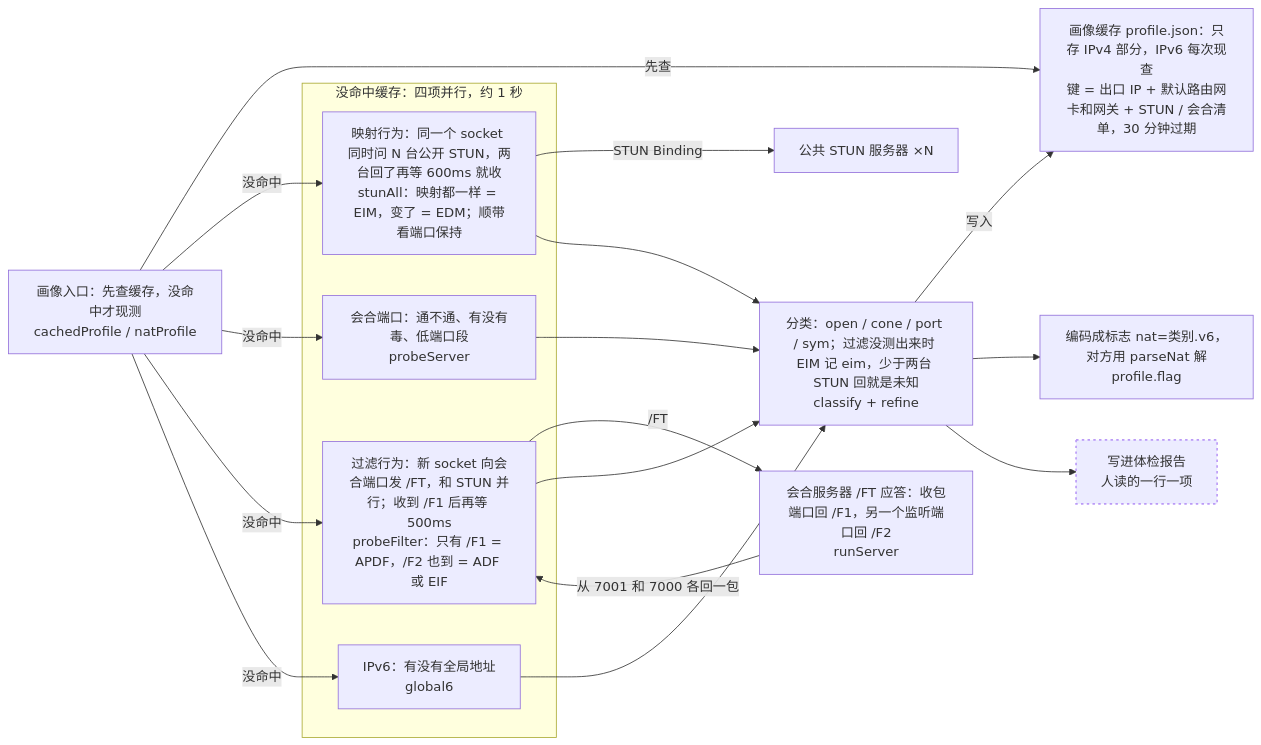
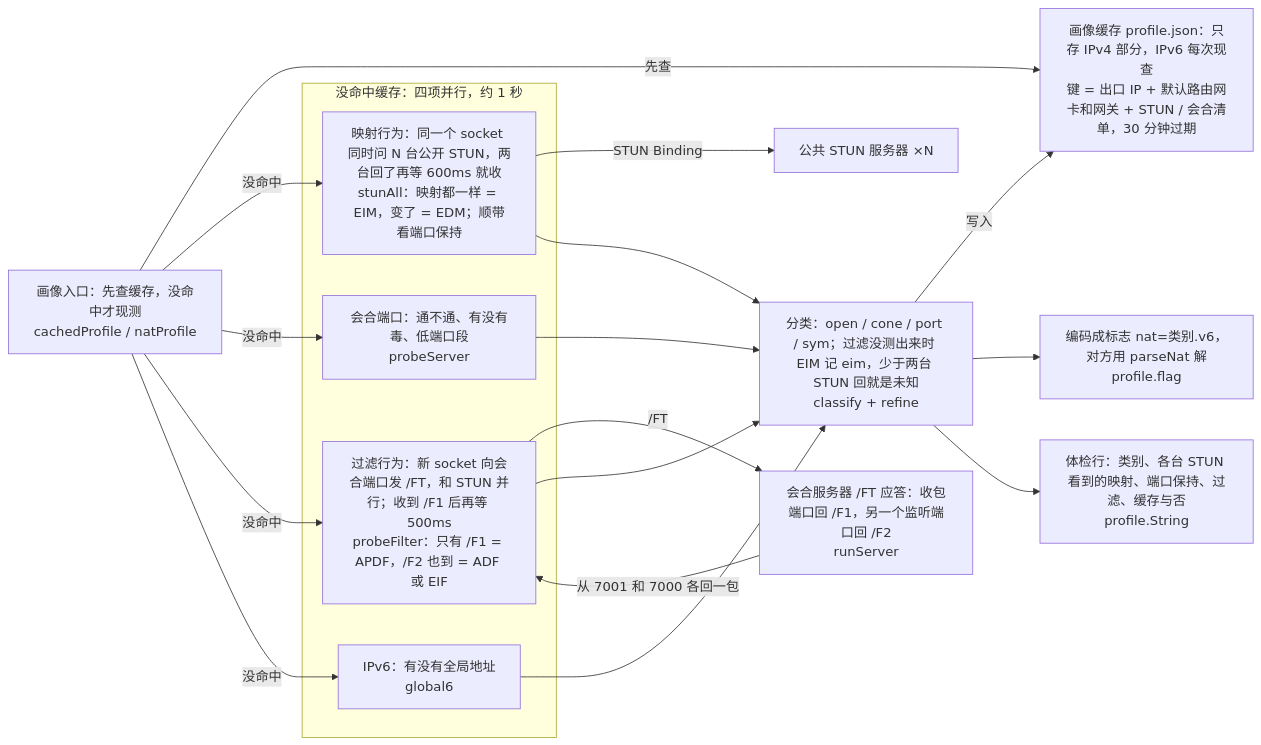
One commit to numb747/uu-remote-study changed the diagram in docs/arch/33-nat-profile.mmd. Above: the diagram before and after it, drawn with Mermaid. The commit also changed 3 other files, not shown here.

First line of the commit message:
架构设计：第 5 步落图（结果行、预测记录），DESIGN 记下决策 22~23

```diff
--- a/docs/arch/33-nat-profile.mmd
+++ b/docs/arch/33-nat-profile.mmd
@@ -1,40 +1,41 @@
 flowchart LR
   start["画像入口：先查缓存，没命中才现测<br/>cachedProfile / natProfile"]
   cache["画像缓存 profile.json：只存 IPv4 部分，IPv6 每次现查<br/>键 = 出口 IP + 默认路由网卡和网关 + STUN / 会合清单，30 分钟过期"]
   subgraph probes["没命中缓存：四项并行，约 1 秒"]
     p_stun["映射行为：同一个 socket 同时问 N 台公开 STUN，两台回了再等 600ms 就收<br/>stunAll：映射都一样 = EIM，变了 = EDM；顺带看端口保持"]
     p_srv["会合端口：通不通、有没有毒、低端口段<br/>probeServer"]
     p_ft["过滤行为：新 socket 向会合端口发 /FT，和 STUN 并行；收到 /F1 后再等 500ms<br/>probeFilter：只有 /F1 = APDF，/F2 也到 = ADF 或 EIF"]
     p_v6["IPv6：有没有全局地址<br/>global6"]
   end
   stun_pub["公共 STUN 服务器 ×N"]
   srv_ft["会合服务器 /FT 应答：收包端口回 /F1，另一个监听端口回 /F2<br/>runServer"]
   classify["分类：open / cone / port / sym；过滤没测出来时 EIM 记 eim，少于两台 STUN 回就是未知<br/>classify + refine"]
   out_flag["编码成标志 nat=类别.v6，对方用 parseNat 解<br/>profile.flag"]
-  out_report["写进体检报告<br/>人读的一行一项"]:::planned
+  out_report["体检行：类别、各台 STUN 看到的映射、端口保持、过滤、缓存与否<br/>profile.String"]
 
   start -->|"先查"| cache
   start -->|"没命中"| p_stun
   start -->|"没命中"| p_srv
   start -->|"没命中"| p_ft
   start -->|"没命中"| p_v6
   p_stun -->|"STUN Binding"| stun_pub
   p_ft -->|"/FT"| srv_ft
   srv_ft -->|"从 7001 和 7000 各回一包"| p_ft
   p_stun --> classify
   p_srv --> classify
   p_ft --> classify
   p_v6 --> classify
   classify -->|"写入"| cache
   classify --> out_flag
   classify --> out_report
 
 %% @src start lab/p2pcp/profilecache.go func cachedProfile(
 %% @src p_stun lab/p2pcp/stun.go func stunAll(
 %% @src classify lab/p2pcp/natprofile.go func classify(
 %% @src out_flag lab/p2pcp/natprofile.go func (p profile) flag()
 %% @src p_ft lab/p2pcp/natprofile.go func probeFilter(
+%% @src out_report lab/p2pcp/natprofile.go func (p profile) String()
 %% @src srv_ft lab/punch/main.go case len(f) == 2 && f[0] == "/FT"
 %% @src p_srv lab/p2pcp/check.go func probeServer(
 %% @src p_v6 lab/p2pcp/rdv.go func global6(
 classDef planned stroke:#bb9af7,stroke-width:2px,stroke-dasharray:3 4
```
